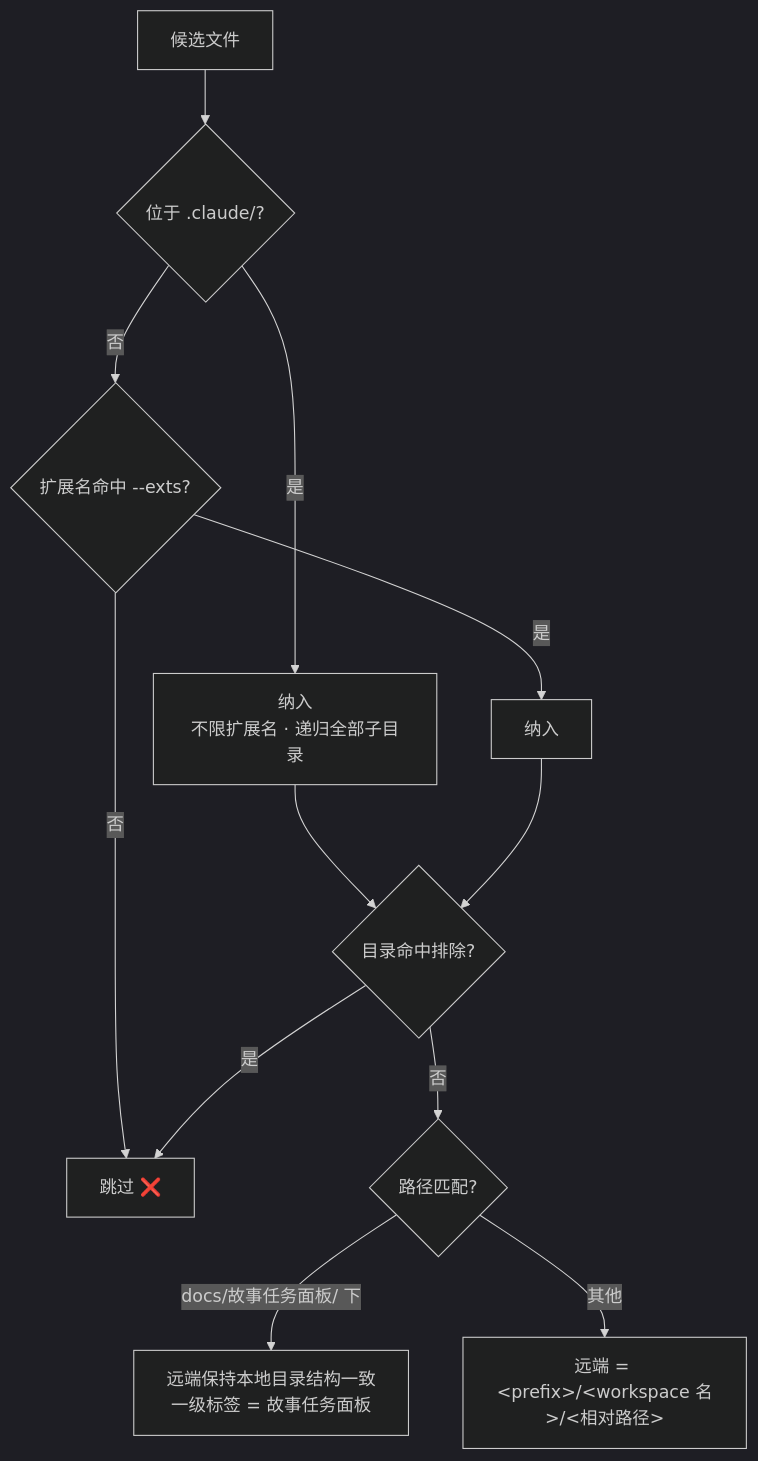
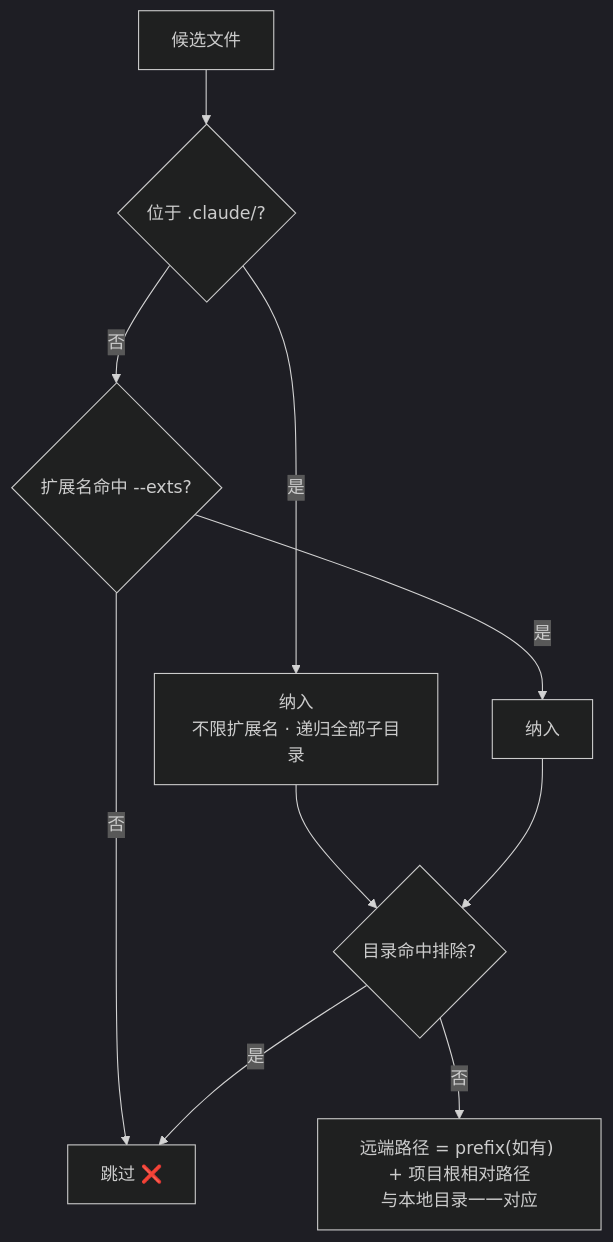
One commit to effiy/YrY changed the second of 8 diagrams in skills/rui-import/SKILL.md. Above: the diagram before and after it, drawn with Mermaid (dark theme). The commit also changed other lines of this file and 7 other files, not shown here.

````diff
--- a/skills/rui-import/SKILL.md
+++ b/skills/rui-import/SKILL.md
@@ -60,13 +60,11 @@
 ```mermaid
 flowchart TD
     FILE["候选文件"] --> Q1{"位于 .claude/?"}
     Q1 -->|"是"| ALL["纳入<br/>不限扩展名 · 递归全部子目录"]:::rule
     Q1 -->|"否"| EXT{"扩展名命中 --exts?"}
     EXT -->|"是"| KEEP["纳入"]:::rule
     EXT -->|"否"| SKIP["跳过 ❌"]:::skip
     ALL & KEEP --> Q2{"目录命中排除?"}
     Q2 -->|"是"| SKIP
-    Q2 -->|"否"| Q3{"路径匹配?"}
-    Q3 -->|"docs/故事任务面板/ 下"| PATH1["远端保持本地目录结构一致<br/>一级标签 = 故事任务面板"]:::path
-    Q3 -->|"其他"| PATH2["远端 = &lt;prefix&gt;/&lt;workspace 名&gt;/&lt;相对路径&gt;"]:::path
+    Q2 -->|"否"| PATH["远端路径 = prefix(如有) + 项目根相对路径<br/>与本地目录一一对应"]:::path
 ```
````
